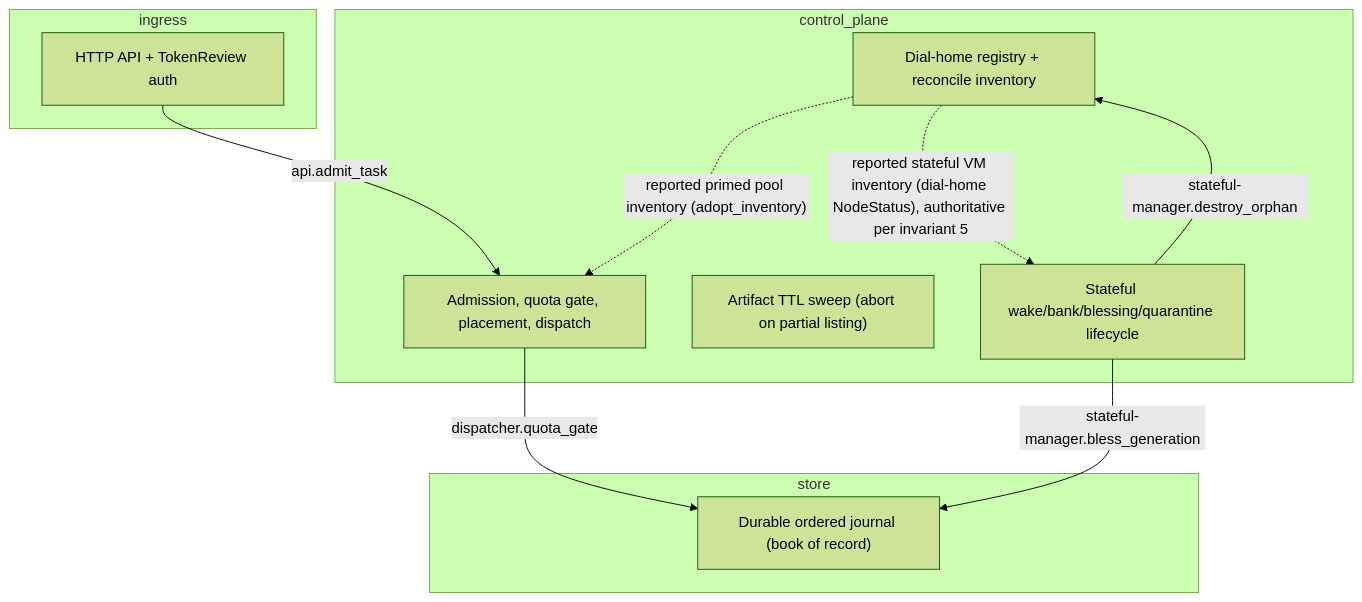
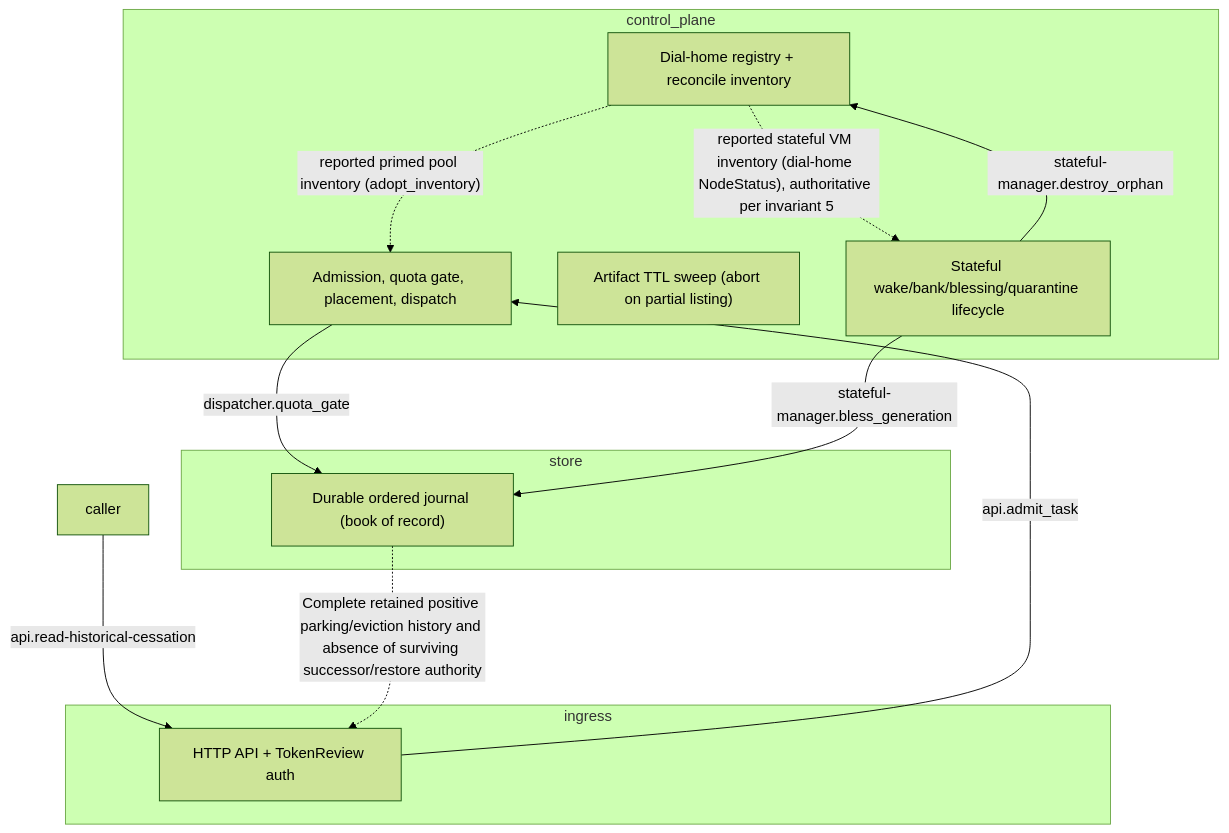
One commit to jomcgi-org/homelab changed the first of 2 diagrams in projects/embervm/STPA.md. Above: the diagram before and after it, drawn with Mermaid (forest theme). The commit also changed other lines of this file and 18 other files, not shown here.

Commit message:
fix(embervm): prove historical cessation from complete journal

````diff
--- a/projects/embervm/STPA.md
+++ b/projects/embervm/STPA.md
@@ -19,21 +19,23 @@
 ```mermaid
 flowchart TD
   subgraph control_plane["control_plane"]
     dispatcher["Admission, quota gate, placement, dispatch"]
     node-registry["Dial-home registry + reconcile inventory"]
     s3-warmth-gc["Artifact TTL sweep (abort on partial listing)"]
     stateful-manager["Stateful wake/bank/blessing/quarantine lifecycle"]
   end
   subgraph ingress["ingress"]
     api["HTTP API + TokenReview auth"]
   end
   subgraph store["store"]
     op-log["Durable ordered journal (book of record)"]
   end
   api -- "api.admit_task" --> dispatcher
+  caller -- "api.read-historical-cessation" --> api
   dispatcher -- "dispatcher.quota_gate" --> op-log
   stateful-manager -- "stateful-manager.bless_generation" --> op-log
   stateful-manager -- "stateful-manager.destroy_orphan" --> node-registry
   node-registry -. "reported primed pool inventory (adopt_inventory)" .-> dispatcher
   node-registry -. "reported stateful VM inventory (dial-home NodeStatus), authoritative per invariant 5" .-> stateful-manager
+  op-log -. "Complete retained positive parking/eviction history and absence of surviving successor/restore authority" .-> api
 ```
````
